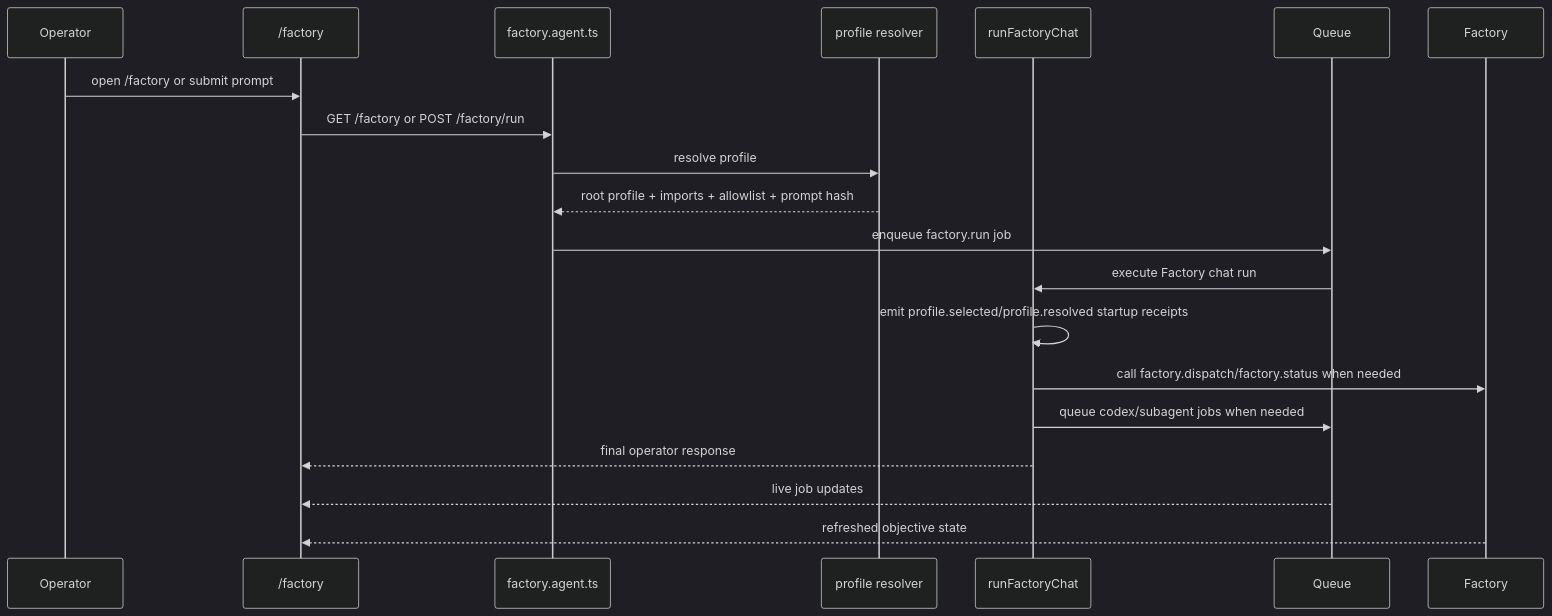
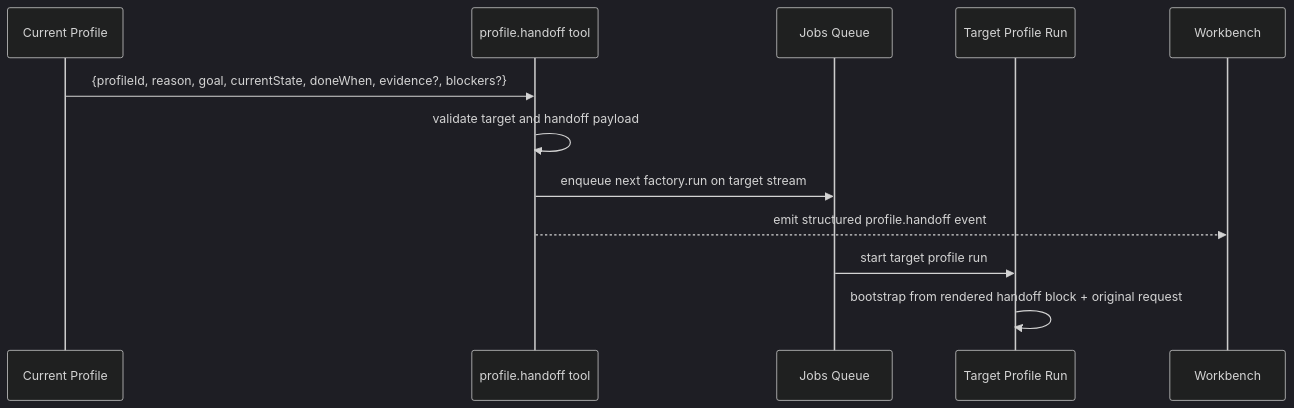
One commit to skishore23/receipt changed the fourth of 4 diagrams in docs/factory-profile-orchestration.md. Above: the diagram before and after it, drawn with Mermaid (dark theme). The commit also changed other lines of this file and 148 other files, not shown here.

````diff
--- a/docs/factory-profile-orchestration.md
+++ b/docs/factory-profile-orchestration.md
@@ -457,23 +335,15 @@
 ```mermaid
 sequenceDiagram
-  participant Operator
-  participant UI as /factory
-  participant Route as factory.agent.ts
-  participant Resolver as profile resolver
-  participant Runner as runFactoryChat
-  participant Queue
-  participant Factory
+  participant A as Current Profile
+  participant T as profile.handoff tool
+  participant Q as Jobs Queue
+  participant B as Target Profile Run
+  participant UI as Workbench
 
-  Operator->>UI: open /factory or submit prompt
-  UI->>Route: GET /factory or POST /factory/run
-  Route->>Resolver: resolve profile
-  Resolver-->>Route: root profile + imports + allowlist + prompt hash
-  Route->>Queue: enqueue factory.run job
-  Queue->>Runner: execute Factory chat run
-  Runner->>Runner: emit profile.selected/profile.resolved startup receipts
-  Runner->>Factory: call factory.dispatch/factory.status when needed
-  Runner->>Queue: queue codex/subagent jobs when needed
-  Runner-->>UI: final operator response
-  Queue-->>UI: live job updates
-  Factory-->>UI: refreshed objective state
+  A->>T: {profileId, reason, goal, currentState, doneWhen, evidence?, blockers?}
+  T->>T: validate target and handoff payload
+  T->>Q: enqueue next factory.run on target stream
+  T-->>UI: emit structured profile.handoff event
+  Q->>B: start target profile run
+  B->>B: bootstrap from rendered handoff block + original request
 ```
````
